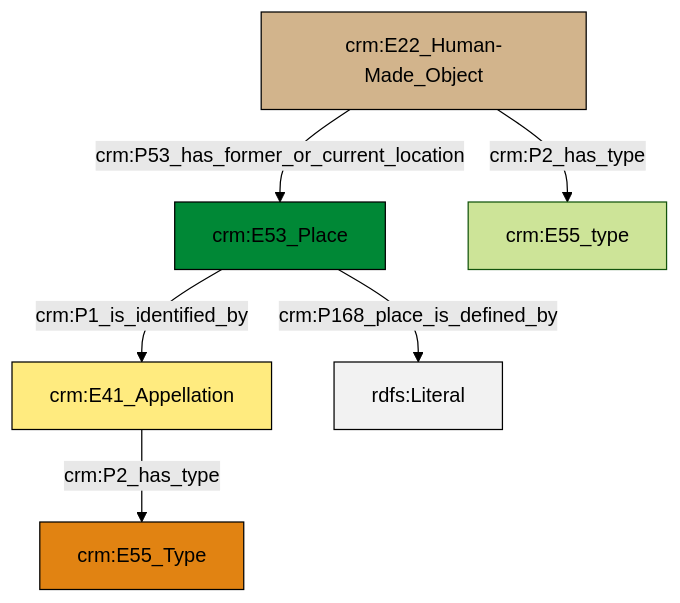
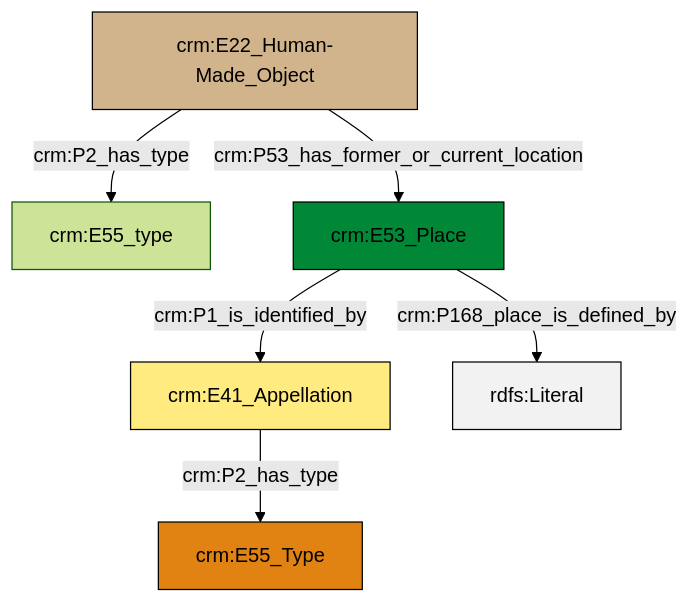
One commit to swiss-art-research-net/docs.swissartresearch changed the diagram in et/builtWorkCSV/ttl/mmd/Built_Work_location.ttl.mmd. Above: the diagram before and after it, drawn with Mermaid (forest theme). The commit also changed 181 other files, not shown here.

```diff
--- a/et/builtWorkCSV/ttl/mmd/Built_Work_location.ttl.mmd
+++ b/et/builtWorkCSV/ttl/mmd/Built_Work_location.ttl.mmd
@@ -1,20 +1,20 @@
 graph TD
 classDef Literal fill:#f2f2f2,stroke:#000000;
 classDef CRM_Entity fill:#FFFFFF,stroke:#000000;
 classDef Temporal_Entity fill:#00C9E6, stroke:#000000;
 classDef Type fill:#E18312, stroke:#000000;
 classDef Time-Span fill:#2C9C91, stroke:#000000;
 classDef Appellation fill:#FFEB7F, stroke:#000000;
 classDef Place fill:#008836, stroke:#000000;
 classDef Persistent_Item fill:#B266B2, stroke:#000000;
 classDef Conceptual_Object fill:#FFD700, stroke:#000000;
 classDef Physical_Thing fill:#D2B48C, stroke:#000000;
 classDef Actor fill:#f58aad, stroke:#000000;
 classDef PC_Classes fill:#4ce600, stroke:#000000;
 classDef Multi fill:#cccccc,stroke:#000000;
 
-4["crm:E53_Place"]:::Place -->|crm:P168_place_is_defined_by| 5[rdfs:Literal]:::Literal
-2["crm:E41_Appellation"]:::Appellation -->|crm:P2_has_type| 0["crm:E55_Type"]:::Type
-4["crm:E53_Place"]:::Place -->|crm:P1_is_identified_by| 2["crm:E41_Appellation"]:::Appellation
-10["crm:E22_Human-Made_Object"]:::Physical_Thing -->|crm:P53_has_former_or_current_location| 4["crm:E53_Place"]:::Place
-10["crm:E22_Human-Made_Object"]:::Physical_Thing -->|crm:P2_has_type| 7["crm:E55_type"]:::Default
+0["crm:E22_Human-Made_Object"]:::Physical_Thing -->|crm:P2_has_type| 1["crm:E55_type"]:::Default
+2["crm:E41_Appellation"]:::Appellation -->|crm:P2_has_type| 3["crm:E55_Type"]:::Type
+0["crm:E22_Human-Made_Object"]:::Physical_Thing -->|crm:P53_has_former_or_current_location| 5["crm:E53_Place"]:::Place
+5["crm:E53_Place"]:::Place -->|crm:P1_is_identified_by| 2["crm:E41_Appellation"]:::Appellation
+5["crm:E53_Place"]:::Place -->|crm:P168_place_is_defined_by| 9[rdfs:Literal]:::Literal
```
